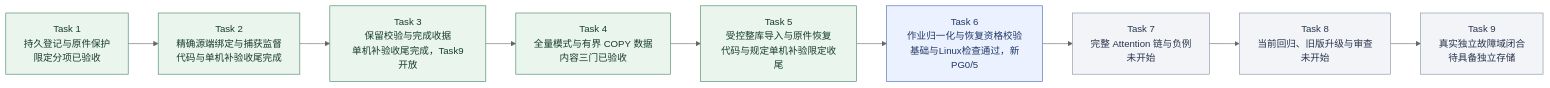
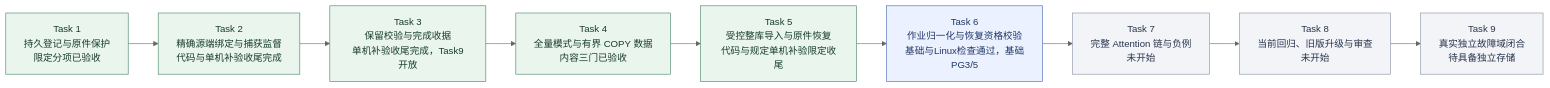
Before and after one commit to MansurnamedZhang/learning-system-p0c4: the second of 9 diagrams in docs/KnowWeave实施路线与系统架构.md, drawn with Mermaid (neutral theme). The commit also changed other lines of this file and 3 other files, not shown here.

Commit message:
docs: align current architecture and source provenance status

````diff
--- a/docs/KnowWeave实施路线与系统架构.md
+++ b/docs/KnowWeave实施路线与系统架构.md
@@ -78,26 +78,26 @@
 ```mermaid
 flowchart LR
     C4T1["Task 1<br/>持久登记与原件保护<br/>限定分项已验收"]
     C4T2["Task 2<br/>精确源端绑定与捕获监督<br/>代码与单机补验收尾完成"]
     C4T3["Task 3<br/>保留校验与完成收据<br/>单机补验收尾完成，Task9开放"]
     C4T4["Task 4<br/>全量模式与有界 COPY 数据<br/>内容三门已验收"]
     C4T5["Task 5<br/>受控整库导入与原件恢复<br/>代码与规定单机补验限定收尾"]
-    C4T6["Task 6<br/>作业归一化与恢复资格校验<br/>基础与Linux检查通过，新PG0/5"]
+    C4T6["Task 6<br/>作业归一化与恢复资格校验<br/>基础与Linux检查通过，基础PG3/5"]
     C4T7["Task 7<br/>完整 Attention 链与负例<br/>未开始"]
     C4T8["Task 8<br/>当前回归、旧版升级与审查<br/>未开始"]
     C4T9["Task 9<br/>真实独立故障域闭合<br/>待具备独立存储"]
     C4T1 --> C4T2
     C4T2 --> C4T3
     C4T3 --> C4T4
     C4T4 --> C4T5
     C4T5 --> C4T6
     C4T6 --> C4T7
     C4T7 --> C4T8
     C4T8 --> C4T9
     class C4T1,C4T2,C4T3,C4T4,C4T5 done
     class C4T6 next
     class C4T7,C4T8,C4T9 planned
     classDef done fill:#eaf5ee,stroke:#438363,color:#173d2b
     classDef next fill:#ebf1ff,stroke:#4365b4,color:#203866
     classDef planned fill:#f2f4f8,stroke:#8591a3,color:#28354b
 ```
````
